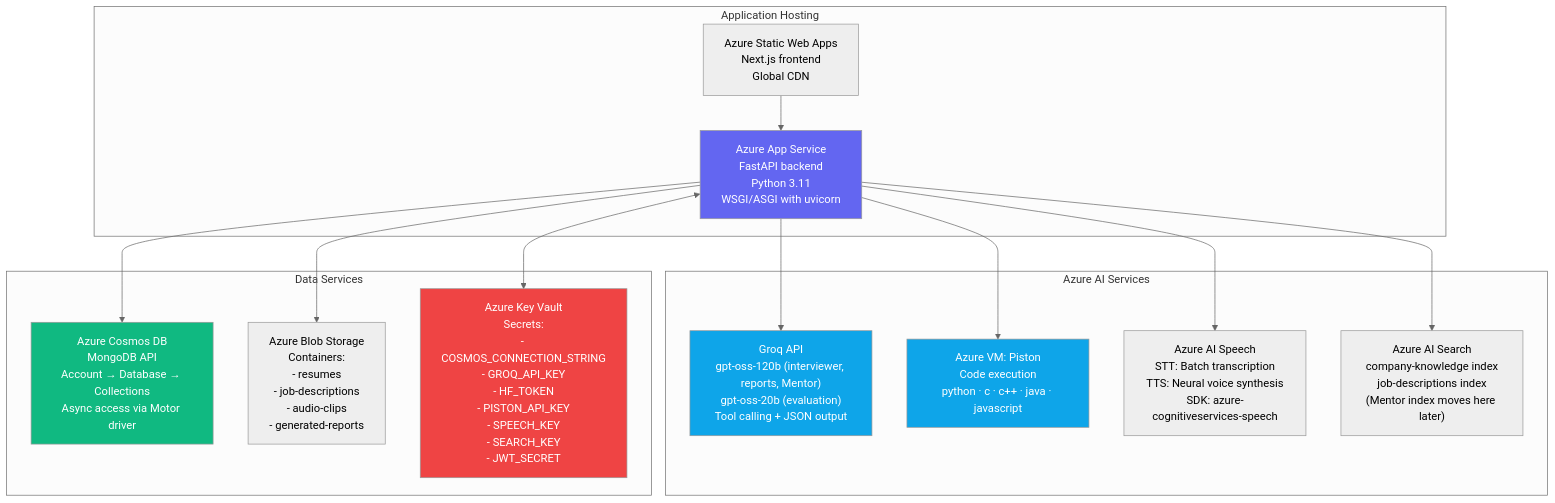
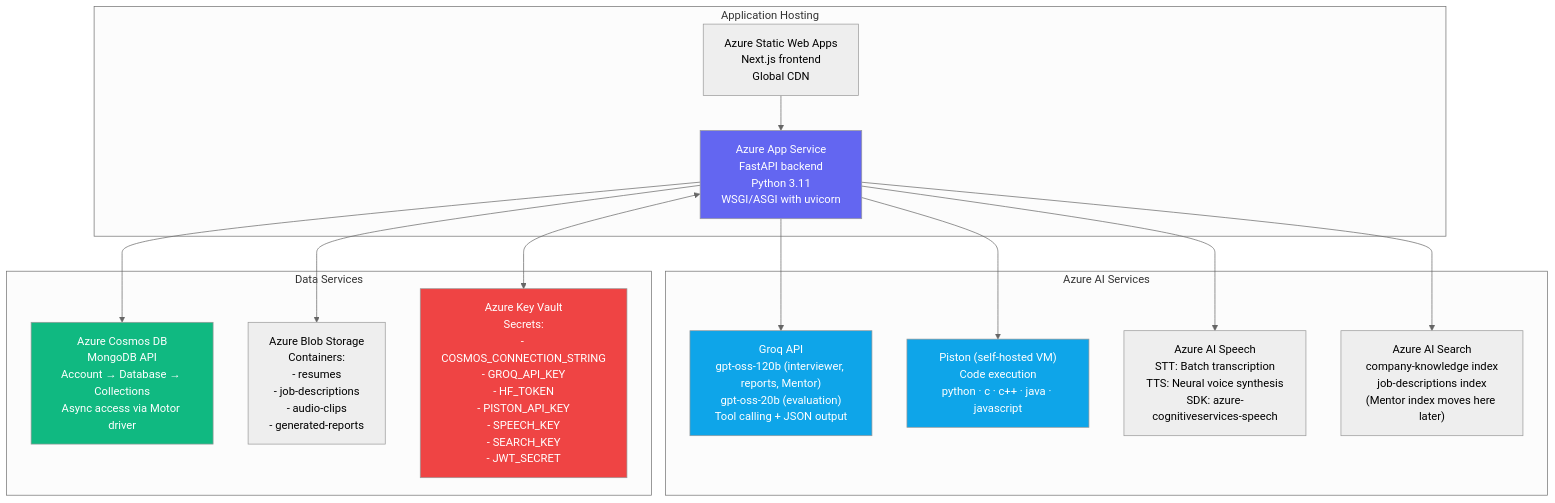
One commit to lovishmanchanda/Agentic-Interview-Coach changed the fifth of 12 diagrams in docs/architecture.md. Above: the diagram before and after it, drawn with Mermaid (neutral theme). The commit also changed other lines of this file and 17 other files, not shown here.

Commit message:
README, project structure and deployment guides; self-hosted Piston; local-friendly .env.example; status refresh after interviews

````diff
--- a/docs/architecture.md
+++ b/docs/architecture.md
@@ -826,36 +826,36 @@
 ```mermaid
 flowchart TD
     subgraph HOSTING["Application Hosting"]
         APP_SVC["Azure App Service\nFastAPI backend\nPython 3.11\nWSGI/ASGI with uvicorn"]
         STATIC["Azure Static Web Apps\nNext.js frontend\nGlobal CDN"]
     end
 
     subgraph AI["Azure AI Services"]
         AOAI2["Groq API\ngpt-oss-120b (interviewer, reports, Mentor)\ngpt-oss-20b (evaluation)\nTool calling + JSON output"]
-        PISTON_VM["Azure VM: Piston\nCode execution\npython · c · c++ · java · javascript"]
+        PISTON_VM["Piston (self-hosted VM)\nCode execution\npython · c · c++ · java · javascript"]
         SPEECH["Azure AI Speech\nSTT: Batch transcription\nTTS: Neural voice synthesis\nSDK: azure-cognitiveservices-speech"]
         SEARCH["Azure AI Search\ncompany-knowledge index\njob-descriptions index\n(Mentor index moves here later)"]
     end
 
     subgraph DATA["Data Services"]
         COSMOS2["Azure Cosmos DB\nMongoDB API\nAccount → Database → Collections\nAsync access via Motor driver"]
         BLOB2["Azure Blob Storage\nContainers:\n- resumes\n- job-descriptions\n- audio-clips\n- generated-reports"]
         KV2["Azure Key Vault\nSecrets:\n- COSMOS_CONNECTION_STRING\n- GROQ_API_KEY\n- HF_TOKEN\n- PISTON_API_KEY\n- SPEECH_KEY\n- SEARCH_KEY\n- JWT_SECRET"]
     end
 
     APP_SVC --> AOAI2
     APP_SVC --> PISTON_VM
     APP_SVC --> SPEECH
     APP_SVC --> SEARCH
     APP_SVC --> COSMOS2
     APP_SVC --> BLOB2
     APP_SVC <--> KV2
 
     STATIC --> APP_SVC
 
     style APP_SVC fill:#6366f1,color:#fff
     style AOAI2 fill:#0ea5e9,color:#fff
     style PISTON_VM fill:#0ea5e9,color:#fff
     style COSMOS2 fill:#10b981,color:#fff
     style KV2 fill:#ef4444,color:#fff
 ```
````
